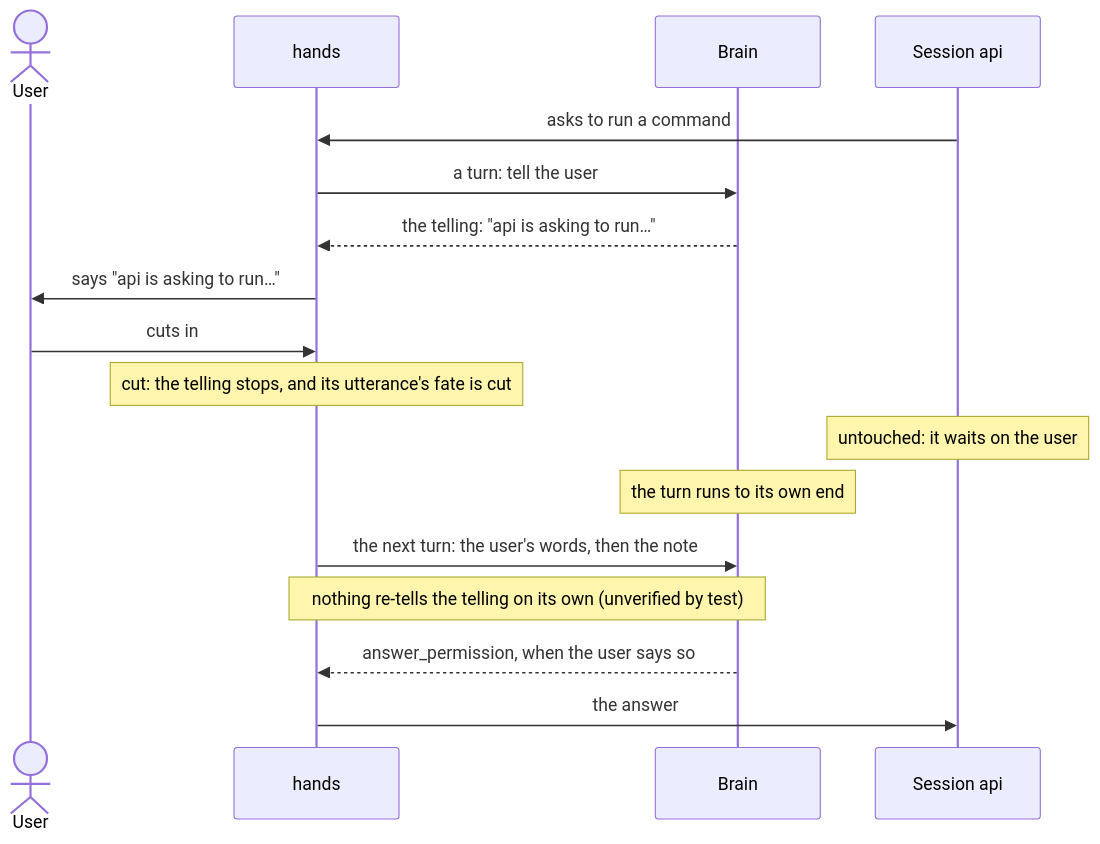
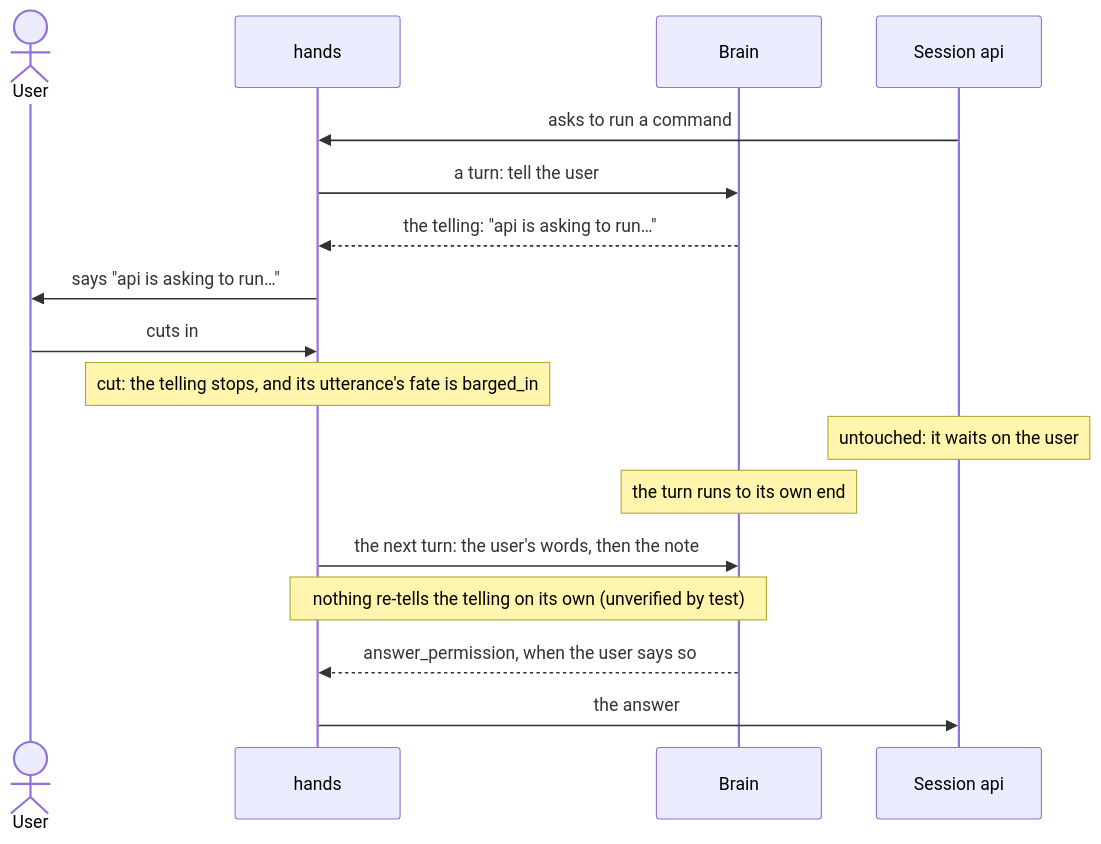
One commit to promptctl/cc-hands changed the sixth of 7 diagrams in docs/barge-in.md. Above: the diagram before and after it, drawn with Mermaid. The commit also changed other lines of this file and 177 other files, not shown here.

````diff
--- a/docs/barge-in.md
+++ b/docs/barge-in.md
@@ -328,19 +328,19 @@
 ```mermaid
 sequenceDiagram
     actor U as User
     participant H as hands
     participant B as Brain
     participant S as Session api
     S->>H: asks to run a command
     H->>B: a turn: tell the user
     B-->>H: the telling: "api is asking to run…"
     H->>U: says "api is asking to run…"
     U->>H: cuts in
-    Note over H: cut: the telling stops, and its utterance's fate is cut
+    Note over H: cut: the telling stops, and its utterance's fate is barged_in
     Note over S: untouched: it waits on the user
     Note over B: the turn runs to its own end
     H->>B: the next turn: the user's words, then the note
     Note over H,B: nothing re-tells the telling on its own (unverified by test)
     B-->>H: answer_permission, when the user says so
     H->>S: the answer
 ```
````
